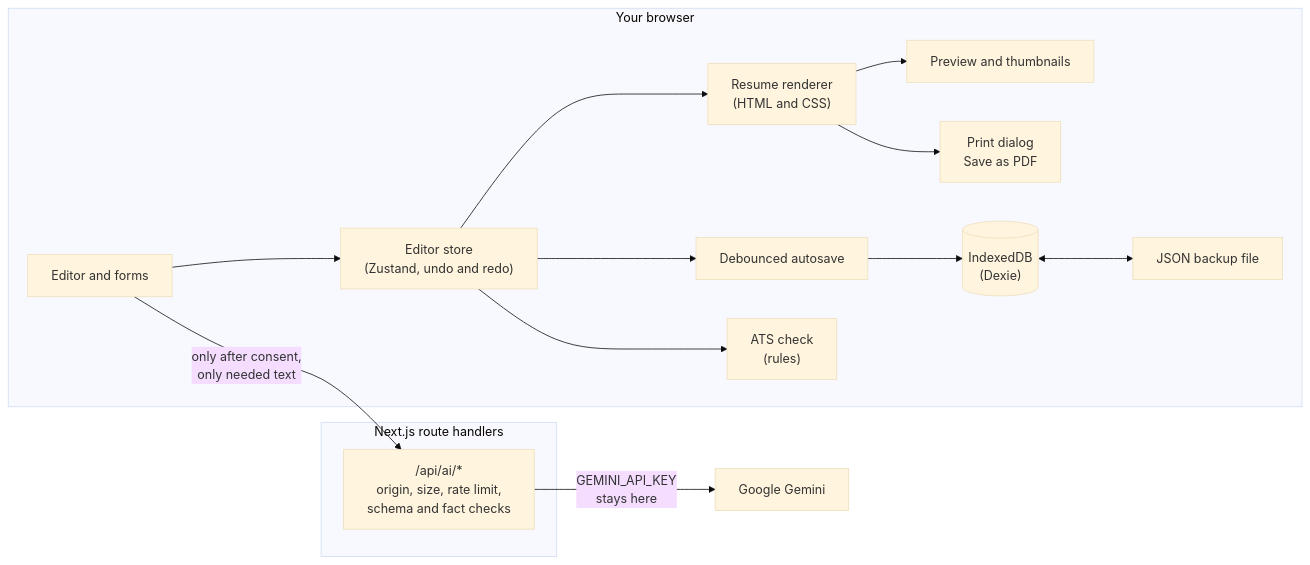
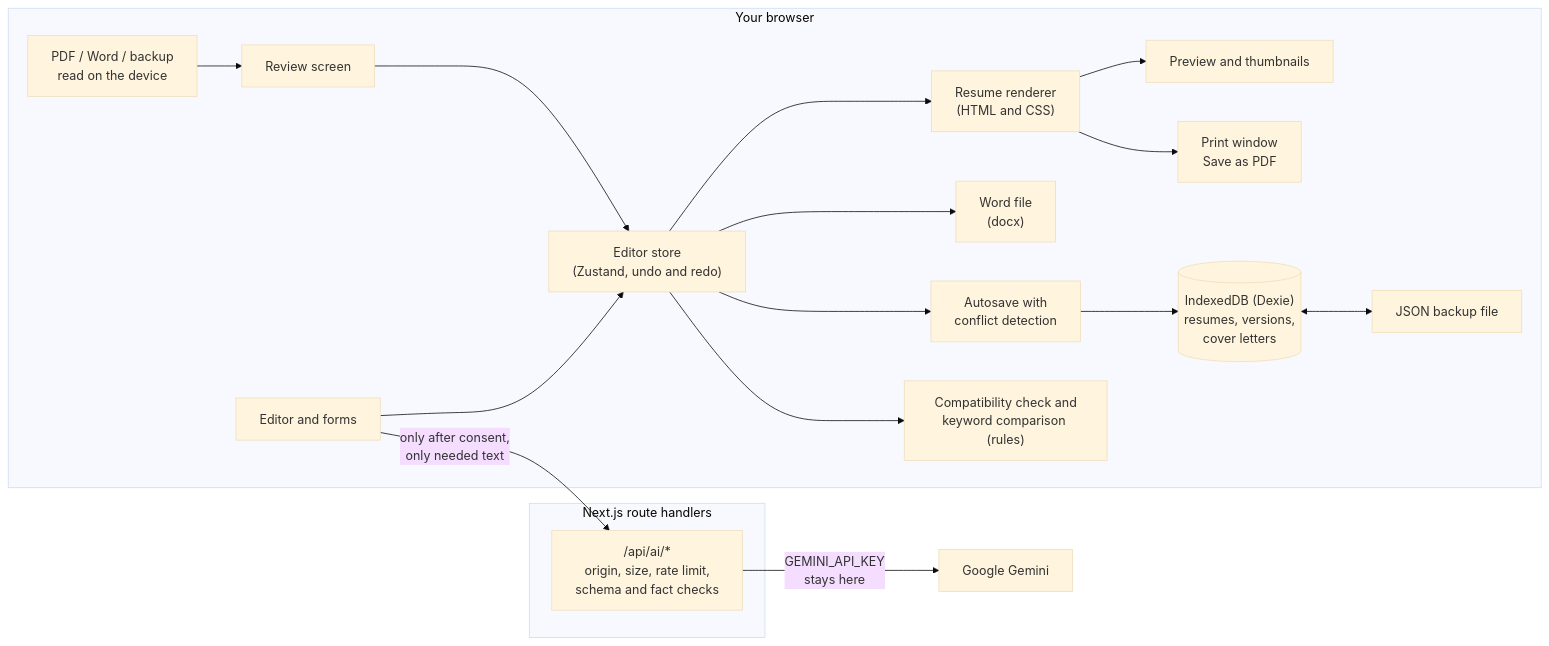
Before and after one commit to AmCheachamroeun-Portfolio/resume-builder: the diagram in README.md, drawn with Mermaid (base theme). The commit also changed other lines of this file and 140 other files, not shown here.

````diff
--- a/README.md
+++ b/README.md
@@ -75,18 +112,20 @@
 ```mermaid
 flowchart LR
   subgraph Browser["Your browser"]
+    Import["PDF / Word / backup<br/>read on the device"] --> Review["Review screen"] --> Store
     UI["Editor and forms"] --> Store["Editor store<br/>(Zustand, undo and redo)"]
     Store --> Doc["Resume renderer<br/>(HTML and CSS)"]
     Doc --> Preview["Preview and thumbnails"]
-    Doc --> Print["Print dialog<br/>Save as PDF"]
-    Store --> Save["Debounced autosave"]
-    Save --> DB[("IndexedDB<br/>(Dexie)")]
+    Doc --> Print["Print window<br/>Save as PDF"]
+    Store --> Word["Word file<br/>(docx)"]
+    Store --> Save["Autosave with<br/>conflict detection"]
+    Save --> DB[("IndexedDB (Dexie)<br/>resumes, versions,<br/>cover letters")]
     DB <--> Backup["JSON backup file"]
-    Store --> ATS["ATS check<br/>(rules)"]
+    Store --> Checks["Compatibility check and<br/>keyword comparison (rules)"]
   end
   subgraph Server["Next.js route handlers"]
     API["/api/ai/*<br/>origin, size, rate limit,<br/>schema and fact checks"]
   end
   UI -- "only after consent,<br/>only needed text" --> API
   API -- "GEMINI_API_KEY<br/>stays here" --> Gemini["Google Gemini"]
 ```
````
